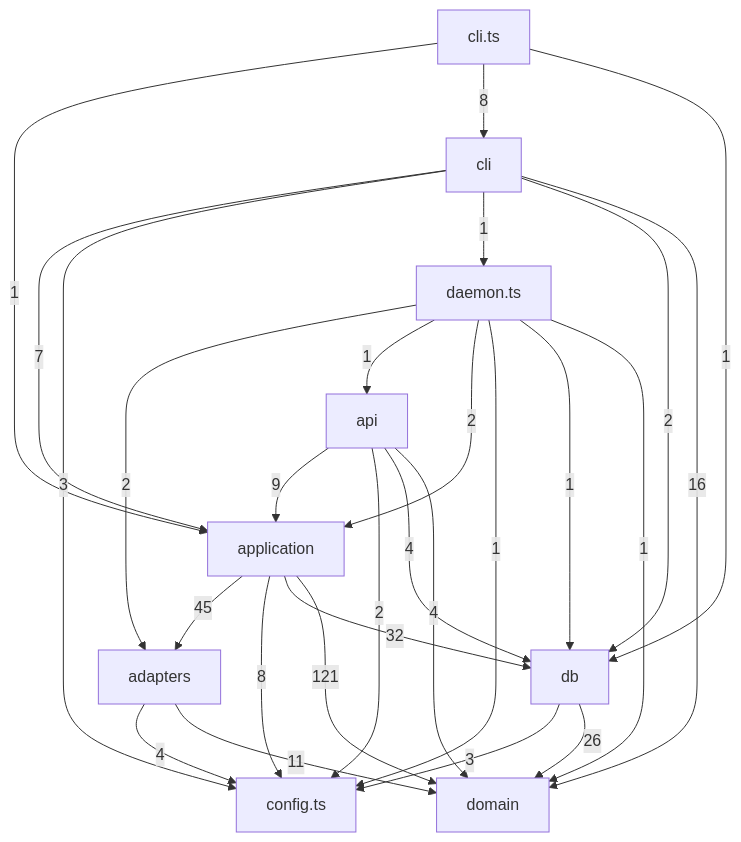
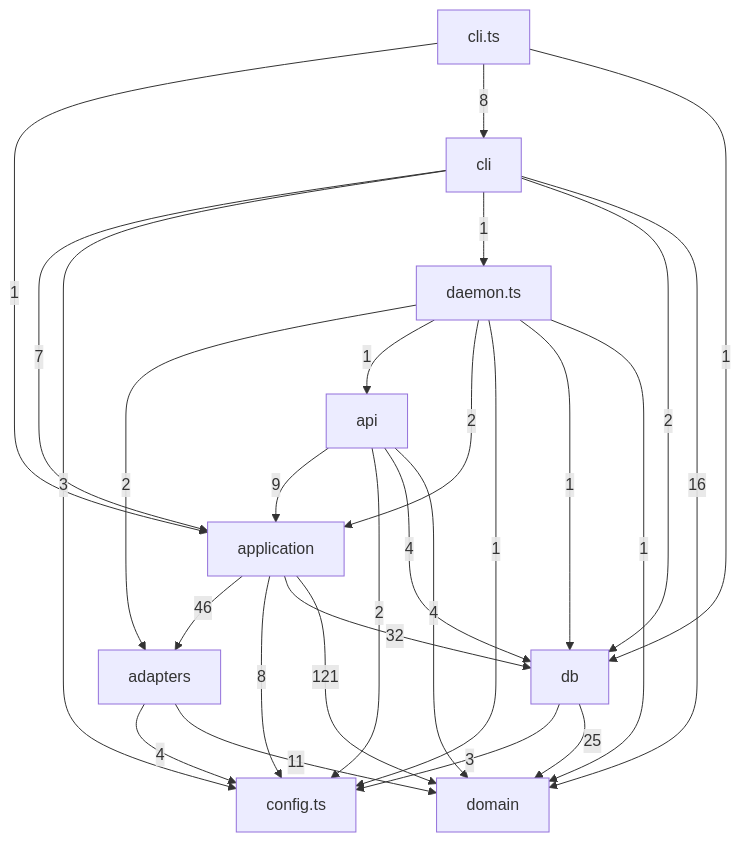
The third of 5 diagrams in docs/architecture.md (tomrobdev/agentdeck), drawn with Mermaid before and after one commit. The commit also changed other lines of this file and 10 other files, not shown here.

````diff
--- a/docs/architecture.md
+++ b/docs/architecture.md
@@ -105,38 +105,38 @@
 ```mermaid
 flowchart TD
   adapters["adapters"]
   api["api"]
   application["application"]
   cli["cli"]
   cli_ts["cli.ts"]
   config_ts["config.ts"]
   daemon_ts["daemon.ts"]
   db["db"]
   domain["domain"]
   adapters -->|4| config_ts
   adapters -->|11| domain
   api -->|9| application
   api -->|2| config_ts
   api -->|4| db
   api -->|4| domain
-  application -->|45| adapters
+  application -->|46| adapters
   application -->|8| config_ts
   application -->|32| db
   application -->|121| domain
   cli_ts -->|1| application
   cli_ts -->|8| cli
   cli_ts -->|1| db
   cli -->|7| application
   cli -->|3| config_ts
   cli -->|1| daemon_ts
   cli -->|2| db
   cli -->|16| domain
   daemon_ts -->|2| adapters
   daemon_ts -->|1| api
   daemon_ts -->|2| application
   daemon_ts -->|1| config_ts
   daemon_ts -->|1| db
   daemon_ts -->|1| domain
   db -->|3| config_ts
-  db -->|26| domain
+  db -->|25| domain
 ```
````
